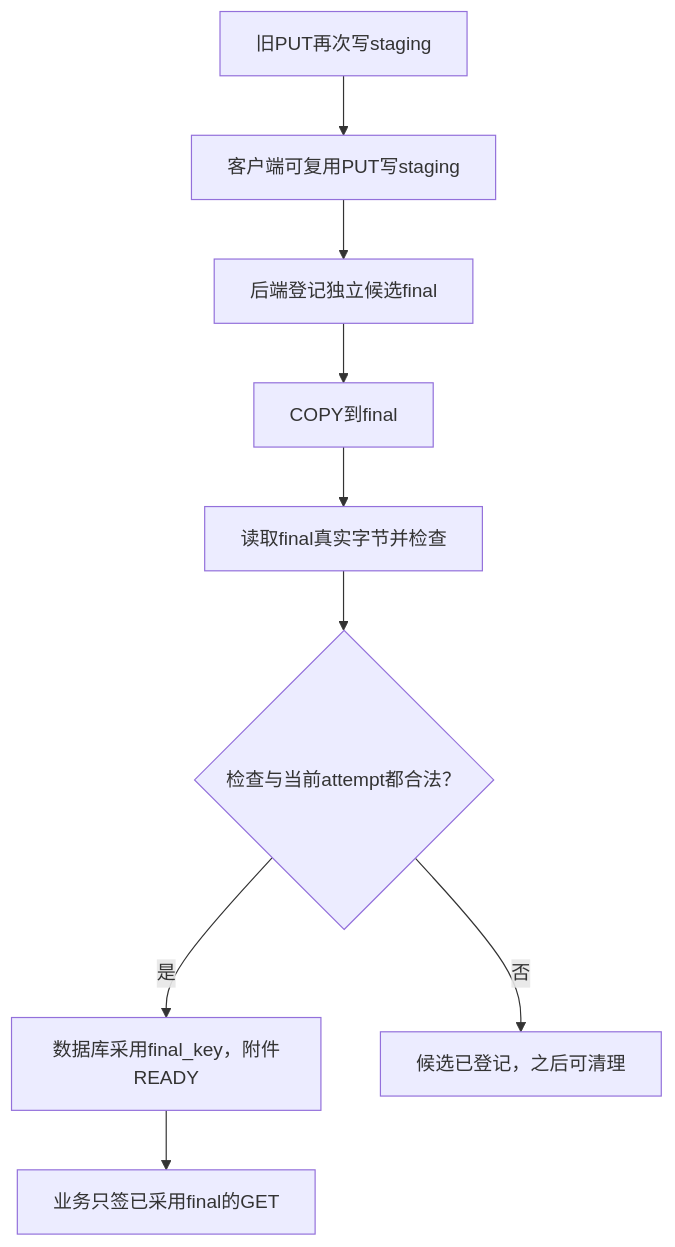
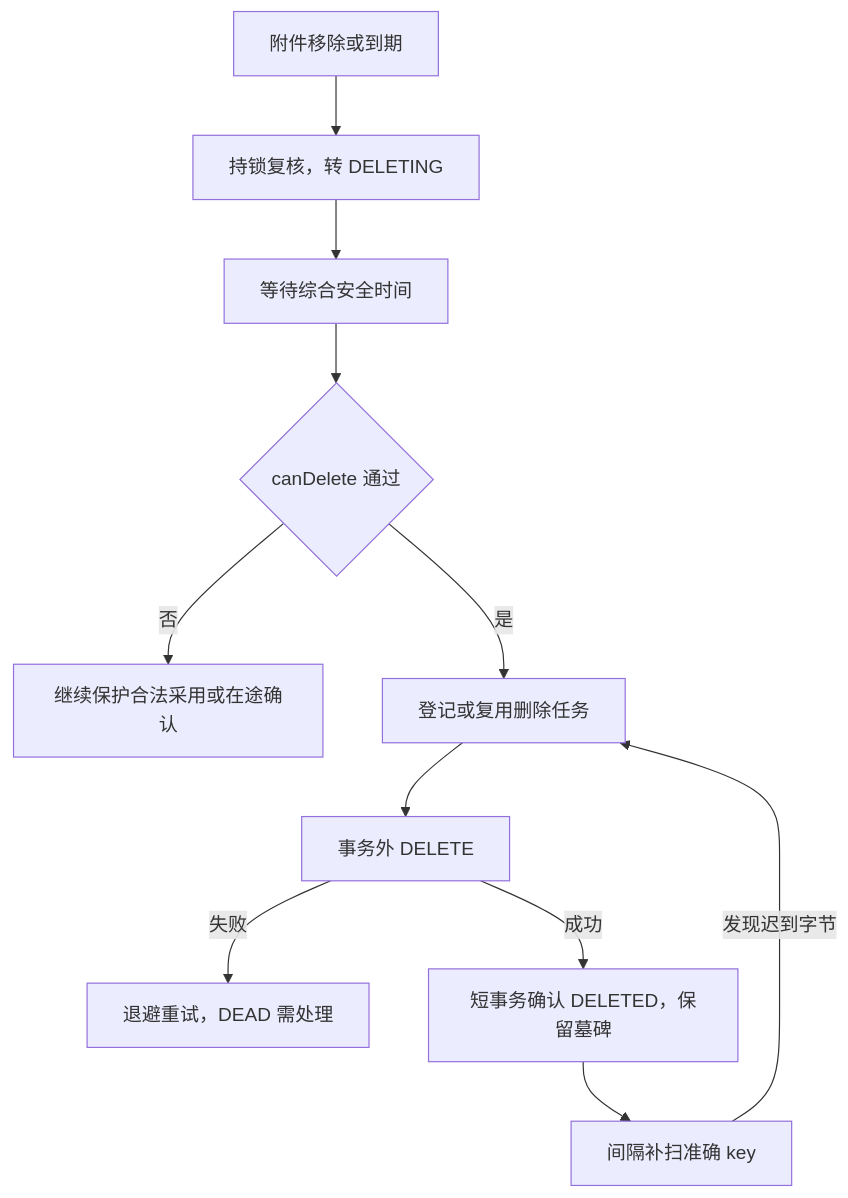
The third of 6 diagrams in 03-活动笔记发布与文件管理.md (SyH-101/citypass-platform), drawn with Mermaid before and after one commit. The commit also changed other lines of this file, not shown here.

````diff
--- a/03-活动笔记发布与文件管理.md
+++ b/03-活动笔记发布与文件管理.md
@@ -276,11 +695,13 @@
 ```mermaid
 flowchart TD
-    A["客户端可复用PUT写staging"] --> B["后端登记独立候选final"]
-    B --> C["COPY到final"]
-    C --> D["读取final真实字节并检查"]
-    D --> E{"检查与当前attempt都合法？"}
-    E -->|是| F["数据库采用final_key，附件READY"]
-    E -->|否| G["候选已登记，之后可清理"]
-    H["旧PUT再次写staging"] --> A
-    F --> I["业务只签已采用final的GET"]
+    A["附件移除或到期"] --> B["持锁复核，转 DELETING"]
+    B --> C["等待综合安全时间"]
+    C --> D{"canDelete 通过"}
+    D -->|否| W["继续保护合法采用或在途确认"]
+    D -->|是| E["登记或复用删除任务"]
+    E --> F["事务外 DELETE"]
+    F -->|失败| R["退避重试，DEAD 需处理"]
+    F -->|成功| G["短事务确认 DELETED，保留墓碑"]
+    G --> H["间隔补扫准确 key"]
+    H -->|发现迟到字节| E
 ```
````
